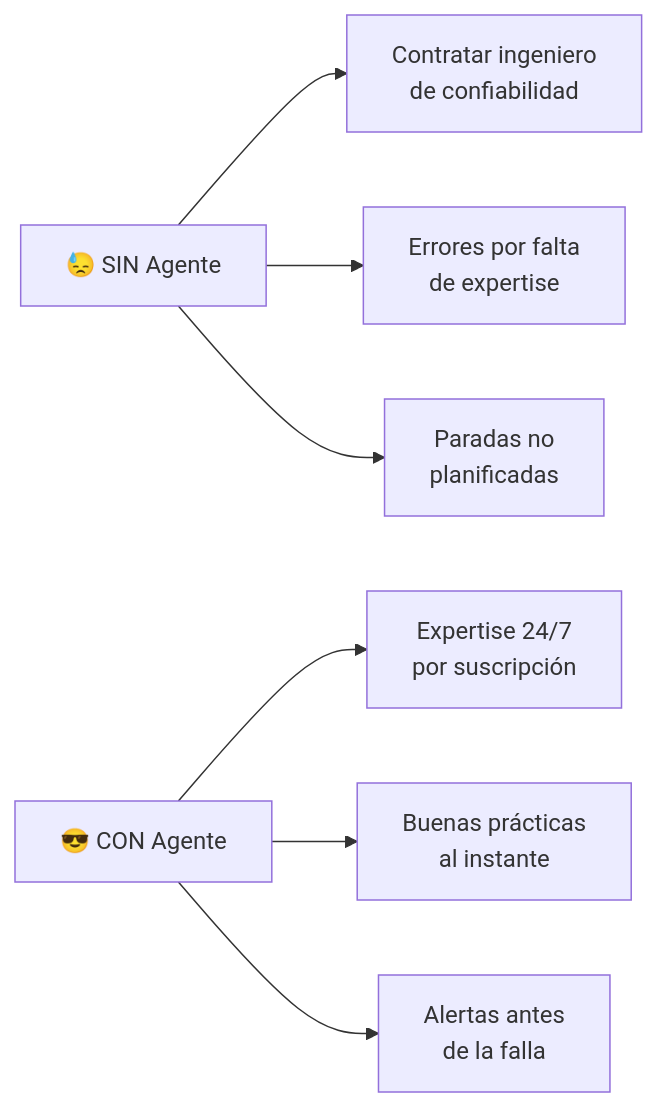
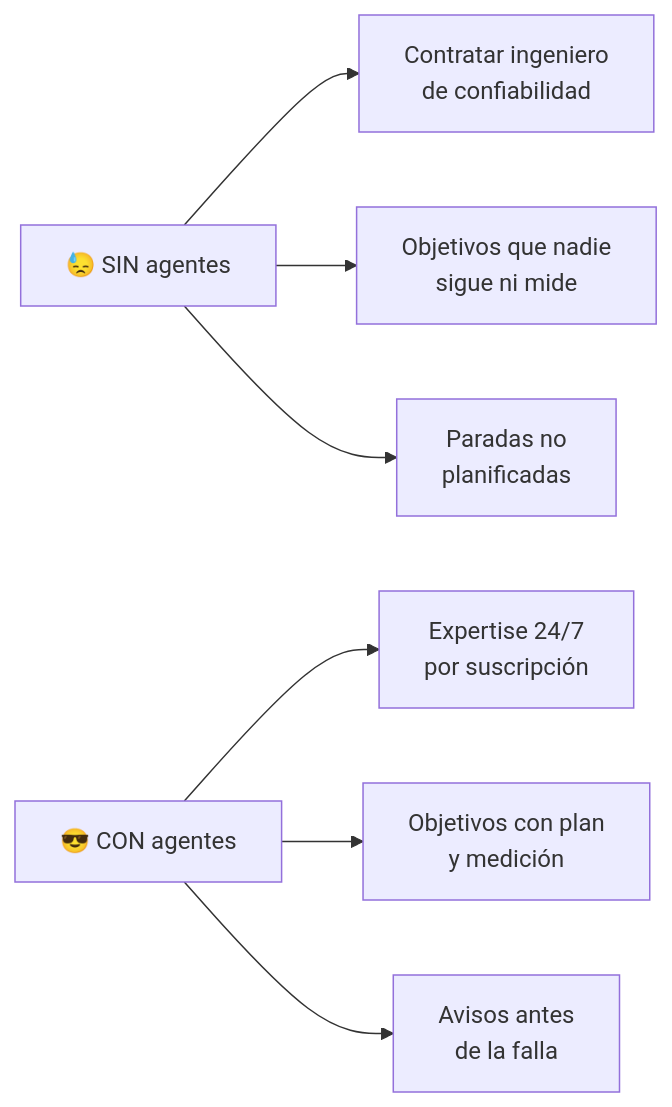
Before and after one commit to Trazalog/traz-tools: the third of 4 diagrams in doc/v3/AGENTES_TRAZALOG_ARQUITECTURA_FUNCIONAL.md, drawn with Mermaid. The commit also changed other lines of this file and 13 other files, not shown here.

First line of the commit message:
docs(agente): redefinir el frente como tres agentes sobre un motor unico [AGENTE-DOC]

````diff
--- a/doc/v3/AGENTES_TRAZALOG_ARQUITECTURA_FUNCIONAL.md
+++ b/doc/v3/AGENTES_TRAZALOG_ARQUITECTURA_FUNCIONAL.md
@@ -81,9 +112,9 @@
 ```mermaid
 graph LR
-    A[😓 SIN Agente] --> A1[Contratar ingeniero<br/>de confiabilidad]
-    A --> A2[Errores por falta<br/>de expertise]
+    A[😓 SIN agentes] --> A1[Contratar ingeniero<br/>de confiabilidad]
+    A --> A2[Objetivos que nadie<br/>sigue ni mide]
     A --> A3[Paradas no<br/>planificadas]
-    B[😎 CON Agente] --> B1[Expertise 24/7<br/>por suscripción]
-    B --> B2[Buenas prácticas<br/>al instante]
-    B --> B3[Alertas antes<br/>de la falla]
+    B[😎 CON agentes] --> B1[Expertise 24/7<br/>por suscripción]
+    B --> B2[Objetivos con plan<br/>y medición]
+    B --> B3[Avisos antes<br/>de la falla]
 ```
````
